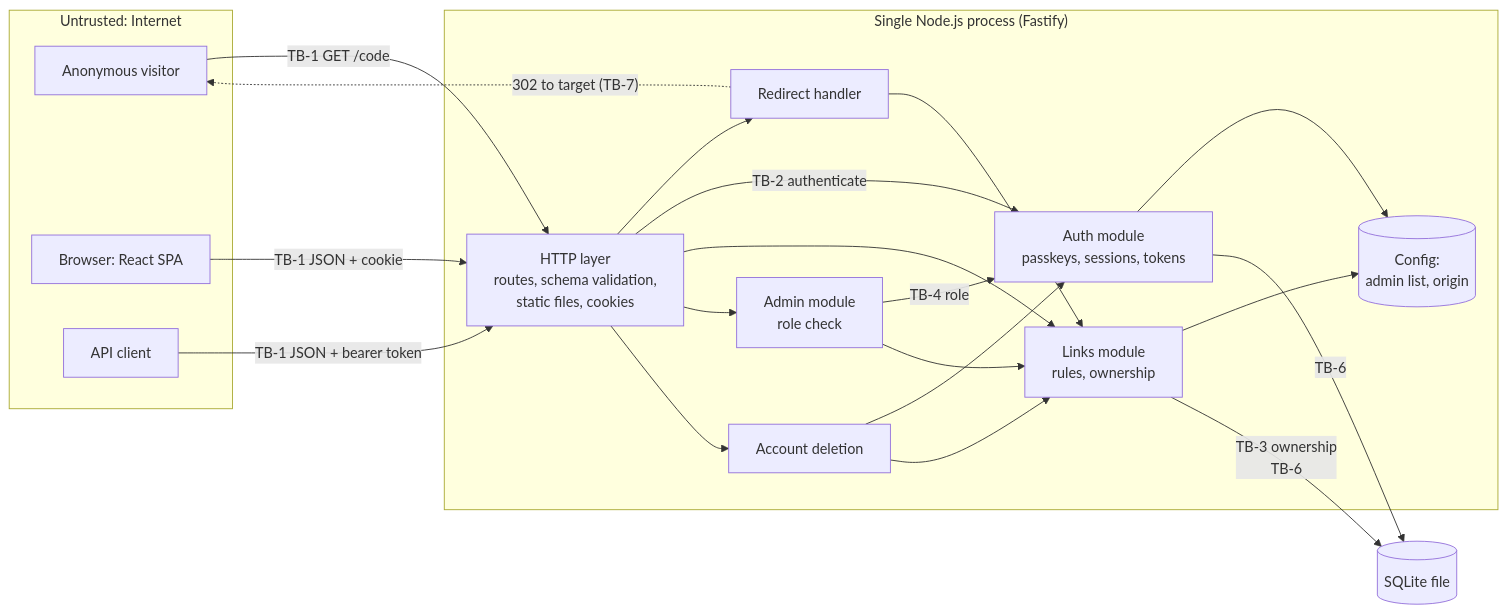
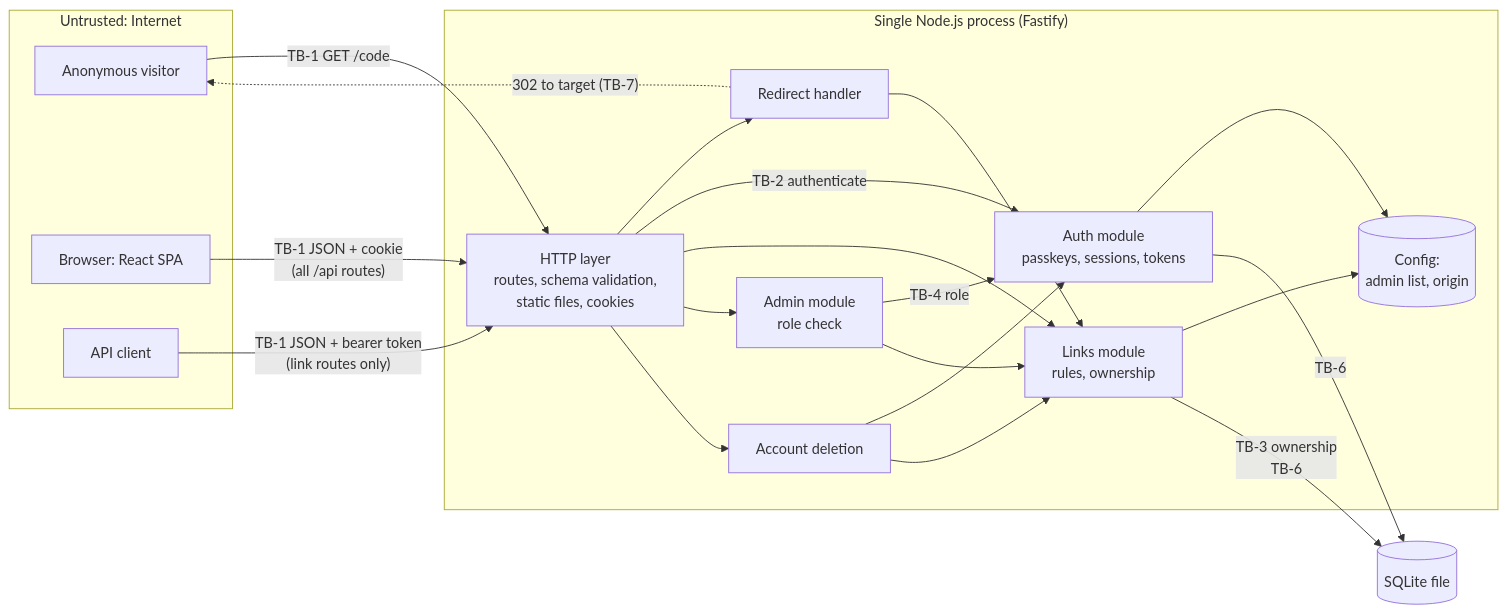
Before and after one commit to jmanico/shrink-182: the first of 3 diagrams in ARCHITECTURE.md, drawn with Mermaid. The commit also changed other lines of this file and 19 other files, not shown here.

````diff
--- a/ARCHITECTURE.md
+++ b/ARCHITECTURE.md
@@ -90,37 +107,37 @@
 ```mermaid
 flowchart LR
   subgraph Internet["Untrusted: Internet"]
     V[Anonymous visitor]
     B[Browser: React SPA]
     C[API client]
   end
   subgraph Server["Single Node.js process (Fastify)"]
     H[HTTP layer<br/>routes, schema validation,<br/>static files, cookies]
     R[Redirect handler]
     A[Auth module<br/>passkeys, sessions, tokens]
     L[Links module<br/>rules, ownership]
     AD[Admin module<br/>role check]
     D[Account deletion]
     CFG[(Config:<br/>admin list, origin)]
   end
   DB[(SQLite file)]
 
   V -- "TB-1 GET /code" --> H
-  B -- "TB-1 JSON + cookie" --> H
-  C -- "TB-1 JSON + bearer token" --> H
+  B -- "TB-1 JSON + cookie<br/>(all /api routes)" --> H
+  C -- "TB-1 JSON + bearer token<br/>(link routes only)" --> H
   H --> R
   H -- "TB-2 authenticate" --> A
   H --> L
   H --> AD
   H --> D
   R --> L
   AD -- "TB-4 role" --> A
   AD --> L
   D --> A
   D --> L
   A --> CFG
   L --> CFG
   A -- TB-6 --> DB
   L -- "TB-3 ownership<br/>TB-6" --> DB
   R -. "302 to target (TB-7)" .-> V
 ```
````
